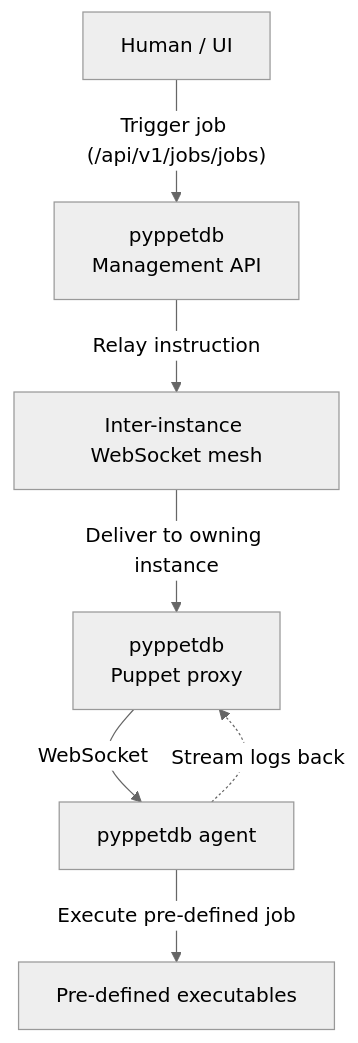
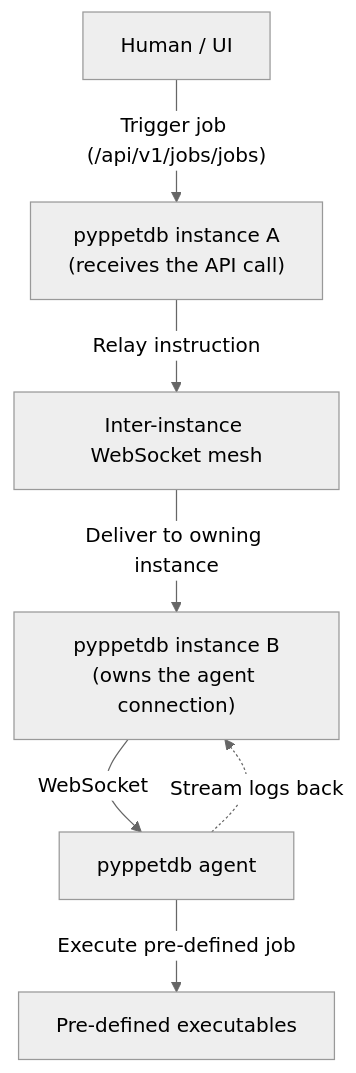
One commit to schlitzered/pyppetdb changed the fourth of 4 diagrams in docs/architecture.md. Above: the diagram before and after it, drawn with Mermaid (neutral theme). The commit also changed other lines of this file and 4 other files, not shown here.

````diff
--- a/docs/architecture.md
+++ b/docs/architecture.md
@@ -114,15 +112,15 @@
 ```mermaid
 graph TD
     User[Human / UI]
-    API["pyppetdb<br/>Management API"]
+    API["pyppetdb instance A<br/>(receives the API call)"]
     WS[Inter-instance WebSocket mesh]
-    Proxy["pyppetdb<br/>Puppet proxy"]
+    Proxy["pyppetdb instance B<br/>(owns the agent connection)"]
     Agent[pyppetdb agent]
 
     User -- "Trigger job (/api/v1/jobs/jobs)" --> API
     API -- "Relay instruction" --> WS
     WS -- "Deliver to owning instance" --> Proxy
     Proxy -- "WebSocket" --> Agent
     Agent -- "Execute pre-defined job" --> Jobs[Pre-defined executables]
     Agent -. "Stream logs back" .-> Proxy
 ```
````
